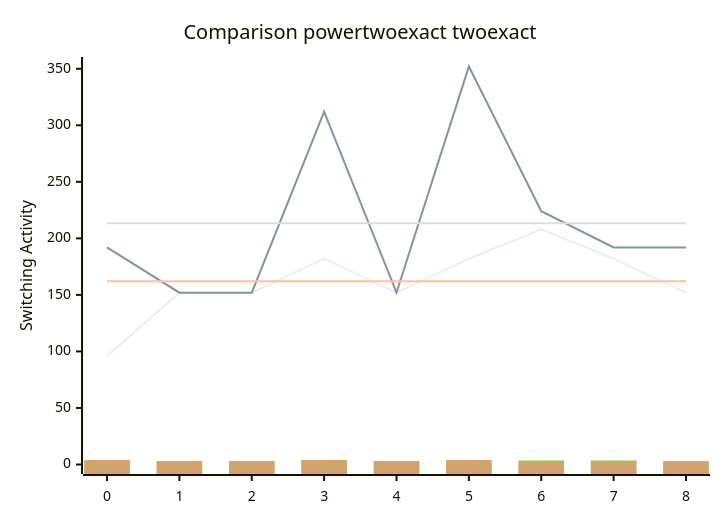
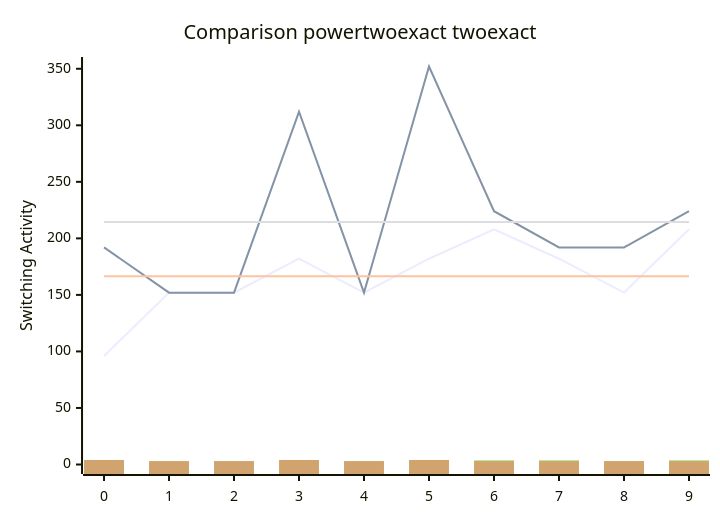
One commit to FeldmeierMichael/Exact-Power-Synthesis changed the diagram in benchmark.md. Above: the diagram before and after it, drawn with Mermaid. The commit also changed other lines of this file and 2 other files, not shown here.

````diff
--- a/benchmark.md
+++ b/benchmark.md
@@ -19,12 +21,12 @@
 ```mermaid
 xychart-beta
     title "Comparison powertwoexact twoexact"
-    x-axis [0, 1, 2, 3, 4, 5, 6, 7, 8]
+    x-axis [0, 1, 2, 3, 4, 5, 6, 7, 8, 9]
     y-axis "Switching Activity" 0-->352
-    line [96, 152, 152, 182, 152, 182, 208, 182, 152]
-    line [192, 152, 152, 312, 152, 352, 224, 192, 192]
-    line [162.0, 162.0, 162.0, 162.0, 162.0, 162.0, 162.0, 162.0, 162.0]
-    line [213.33333333333334, 213.33333333333334, 213.33333333333334, 213.33333333333334, 213.33333333333334, 213.33333333333334, 213.33333333333334, 213.33333333333334, 213.33333333333334]
-    bar [4, 3, 3, 4, 3, 4, 4, 4, 3, 4, 3, 3, 4, 3, 4, 4, 4, 3, 4, 3, 3, 4, 3, 4, 4, 4, 3, 4, 3, 3, 4, 3, 4, 4, 4, 3, 4, 3, 3, 4, 3, 4, 4, 4, 3, 4, 3, 3, 4, 3, 4, 4, 4, 3, 4, 3, 3, 4, 3, 4, 4, 4, 3, 4, 3, 3, 4, 3, 4, 4, 4, 3, 4, 3, 3, 4, 3, 4, 4, 4, 3, 4, 3, 3, 4, 3, 4, 4, 4, 3, 4, 3, 3, 4, 3, 4, 4, 4, 3, 4, 3, 3, 4, 3, 4, 4, 4, 3, 4, 3, 3, 4, 3, 4, 4, 4, 3, 4, 3, 3, 4, 3, 4, 4, 4, 3, 4, 3, 3, 4, 3, 4, 4, 4, 3, 4, 3, 3, 4, 3, 4, 4, 4, 3, 4, 3, 3, 4, 3, 4, 4, 4, 3, 4, 3, 3, 4, 3, 4, 4, 4, 3, 4, 3, 3, 4, 3, 4, 4, 4, 3, 4, 3, 3, 4, 3, 4, 4, 4, 3]
-    bar [4, 3, 3, 4, 3, 4, 3, 3, 3, 4, 3, 3, 4, 3, 4, 3, 3, 3, 4, 3, 3, 4, 3, 4, 3, 3, 3, 4, 3, 3, 4, 3, 4, 3, 3, 3, 4, 3, 3, 4, 3, 4, 3, 3, 3, 4, 3, 3, 4, 3, 4, 3, 3, 3, 4, 3, 3, 4, 3, 4, 3, 3, 3, 4, 3, 3, 4, 3, 4, 3, 3, 3, 4, 3, 3, 4, 3, 4, 3, 3, 3, 4, 3, 3, 4, 3, 4, 3, 3, 3, 4, 3, 3, 4, 3, 4, 3, 3, 3, 4, 3, 3, 4, 3, 4, 3, 3, 3, 4, 3, 3, 4, 3, 4, 3, 3, 3, 4, 3, 3, 4, 3, 4, 3, 3, 3, 4, 3, 3, 4, 3, 4, 3, 3, 3, 4, 3, 3, 4, 3, 4, 3, 3, 3, 4, 3, 3, 4, 3, 4, 3, 3, 3, 4, 3, 3, 4, 3, 4, 3, 3, 3, 4, 3, 3, 4, 3, 4, 3, 3, 3, 4, 3, 3, 4, 3, 4, 3, 3, 3]
+    line [96, 152, 152, 182, 152, 182, 208, 182, 152, 208]
+    line [192, 152, 152, 312, 152, 352, 224, 192, 192, 224]
+    line [166.6, 166.6, 166.6, 166.6, 166.6, 166.6, 166.6, 166.6, 166.6, 166.6]
+    line [214.4, 214.4, 214.4, 214.4, 214.4, 214.4, 214.4, 214.4, 214.4, 214.4]
+    bar [4, 3, 3, 4, 3, 4, 4, 4, 3, 4, 4, 3, 3, 4, 3, 4, 4, 4, 3, 4, 4, 3, 3, 4, 3, 4, 4, 4, 3, 4, 4, 3, 3, 4, 3, 4, 4, 4, 3, 4, 4, 3, 3, 4, 3, 4, 4, 4, 3, 4, 4, 3, 3, 4, 3, 4, 4, 4, 3, 4, 4, 3, 3, 4, 3, 4, 4, 4, 3, 4, 4, 3, 3, 4, 3, 4, 4, 4, 3, 4, 4, 3, 3, 4, 3, 4, 4, 4, 3, 4, 4, 3, 3, 4, 3, 4, 4, 4, 3, 4, 4, 3, 3, 4, 3, 4, 4, 4, 3, 4, 4, 3, 3, 4, 3, 4, 4, 4, 3, 4, 4, 3, 3, 4, 3, 4, 4, 4, 3, 4, 4, 3, 3, 4, 3, 4, 4, 4, 3, 4, 4, 3, 3, 4, 3, 4, 4, 4, 3, 4, 4, 3, 3, 4, 3, 4, 4, 4, 3, 4, 4, 3, 3, 4, 3, 4, 4, 4, 3, 4, 4, 3, 3, 4, 3, 4, 4, 4, 3, 4, 4, 3, 3, 4, 3, 4, 4, 4, 3, 4, 4, 3, 3, 4, 3, 4, 4, 4, 3, 4]
+    bar [4, 3, 3, 4, 3, 4, 3, 3, 3, 3, 4, 3, 3, 4, 3, 4, 3, 3, 3, 3, 4, 3, 3, 4, 3, 4, 3, 3, 3, 3, 4, 3, 3, 4, 3, 4, 3, 3, 3, 3, 4, 3, 3, 4, 3, 4, 3, 3, 3, 3, 4, 3, 3, 4, 3, 4, 3, 3, 3, 3, 4, 3, 3, 4, 3, 4, 3, 3, 3, 3, 4, 3, 3, 4, 3, 4, 3, 3, 3, 3, 4, 3, 3, 4, 3, 4, 3, 3, 3, 3, 4, 3, 3, 4, 3, 4, 3, 3, 3, 3, 4, 3, 3, 4, 3, 4, 3, 3, 3, 3, 4, 3, 3, 4, 3, 4, 3, 3, 3, 3, 4, 3, 3, 4, 3, 4, 3, 3, 3, 3, 4, 3, 3, 4, 3, 4, 3, 3, 3, 3, 4, 3, 3, 4, 3, 4, 3, 3, 3, 3, 4, 3, 3, 4, 3, 4, 3, 3, 3, 3, 4, 3, 3, 4, 3, 4, 3, 3, 3, 3, 4, 3, 3, 4, 3, 4, 3, 3, 3, 3, 4, 3, 3, 4, 3, 4, 3, 3, 3, 3, 4, 3, 3, 4, 3, 4, 3, 3, 3, 3]
 ```
````
